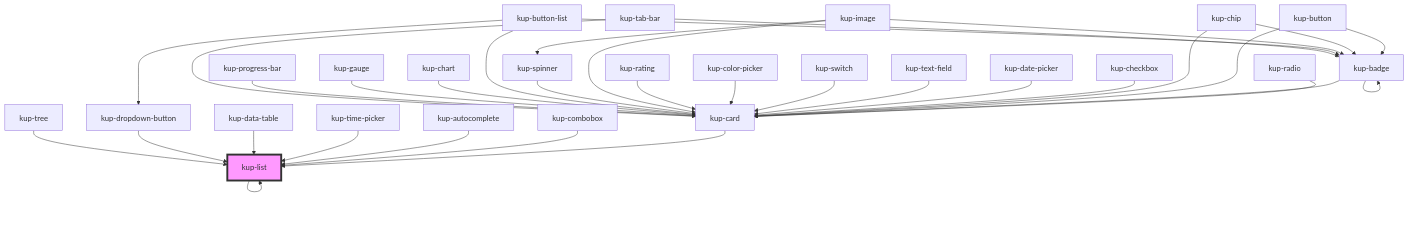
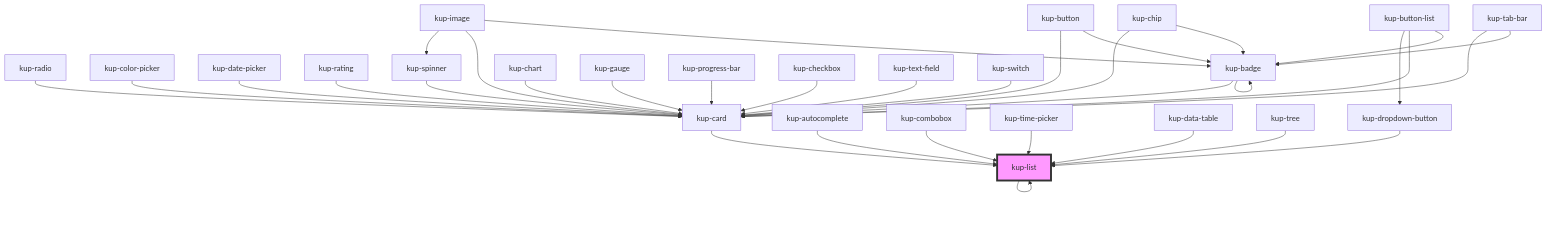
One commit to smeup/ketchup changed the diagram in packages/ketchup/src/components/kup-list/readme.md. Above: the diagram before and after it, drawn with Mermaid. The commit also changed other lines of this file and 60 other files, not shown here.

Commit message:
kup-card: moved standard layout 16 to new family (box).

````diff
--- a/packages/ketchup/src/components/kup-list/readme.md
+++ b/packages/ketchup/src/components/kup-list/readme.md
@@ -137,37 +137,37 @@
 ```mermaid
 graph TD;
   kup-list --> kup-list
   kup-radio --> kup-card
   kup-card --> kup-list
+  kup-autocomplete --> kup-list
+  kup-color-picker --> kup-card
+  kup-combobox --> kup-list
+  kup-date-picker --> kup-card
+  kup-rating --> kup-card
+  kup-time-picker --> kup-list
+  kup-image --> kup-spinner
+  kup-image --> kup-card
+  kup-image --> kup-badge
+  kup-spinner --> kup-card
   kup-badge --> kup-badge
   kup-badge --> kup-card
   kup-button --> kup-card
   kup-button --> kup-badge
-  kup-chip --> kup-card
-  kup-chip --> kup-badge
-  kup-combobox --> kup-list
-  kup-autocomplete --> kup-list
-  kup-checkbox --> kup-card
-  kup-date-picker --> kup-card
-  kup-text-field --> kup-card
-  kup-time-picker --> kup-list
-  kup-data-table --> kup-list
-  kup-switch --> kup-card
-  kup-color-picker --> kup-card
-  kup-rating --> kup-card
-  kup-image --> kup-spinner
-  kup-image --> kup-card
-  kup-image --> kup-badge
-  kup-spinner --> kup-card
   kup-button-list --> kup-dropdown-button
   kup-button-list --> kup-card
   kup-button-list --> kup-badge
   kup-dropdown-button --> kup-list
   kup-chart --> kup-card
   kup-gauge --> kup-card
   kup-progress-bar --> kup-card
+  kup-chip --> kup-card
+  kup-chip --> kup-badge
+  kup-checkbox --> kup-card
+  kup-text-field --> kup-card
+  kup-data-table --> kup-list
+  kup-switch --> kup-card
   kup-tab-bar --> kup-card
   kup-tab-bar --> kup-badge
   kup-tree --> kup-list
   style kup-list fill:#f9f,stroke:#333,stroke-width:4px
 ```
````
